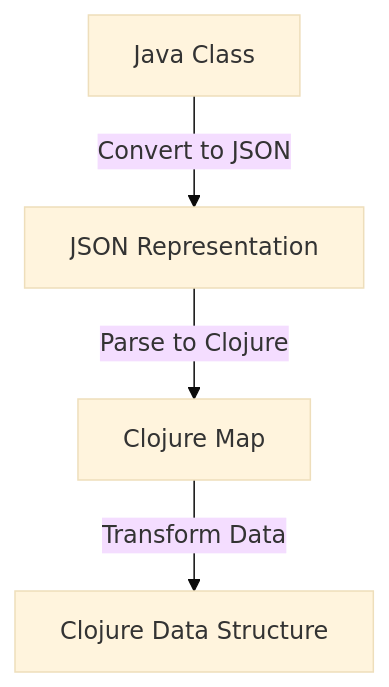
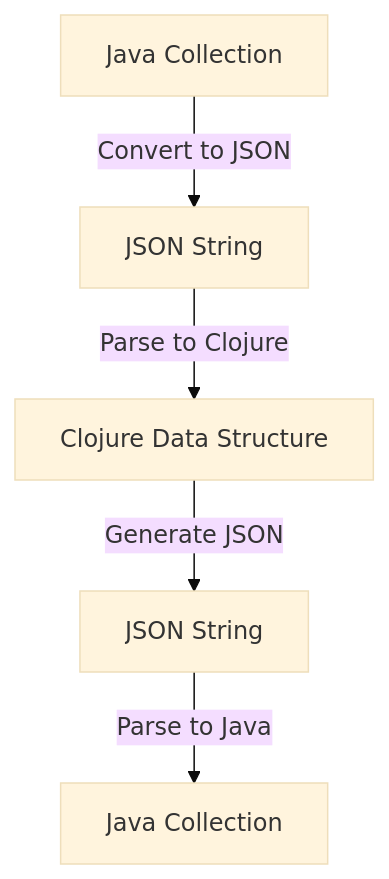
The diagram in content/3/14/2/index.md (MasteryEducation/ClojureForJava.com), drawn with Mermaid (base theme) before and after one commit. The commit also changed other lines of this file and 74 other files, not shown here.

````diff
--- a/content/3/14/2/index.md
+++ b/content/3/14/2/index.md
@@ -196,6 +154,7 @@
 ```mermaid
 graph TD;
-    A[Java Class] -->|Convert to JSON| B[JSON Representation];
-    B -->|Parse to Clojure| C[Clojure Map];
-    C -->|Transform Data| D[Clojure Data Structure];
+    A[Java Collection] -->|Convert to JSON| B[JSON String];
+    B -->|Parse to Clojure| C[Clojure Data Structure];
+    C -->|Generate JSON| D[JSON String];
+    D -->|Parse to Java| E[Java Collection];
 ```
````
